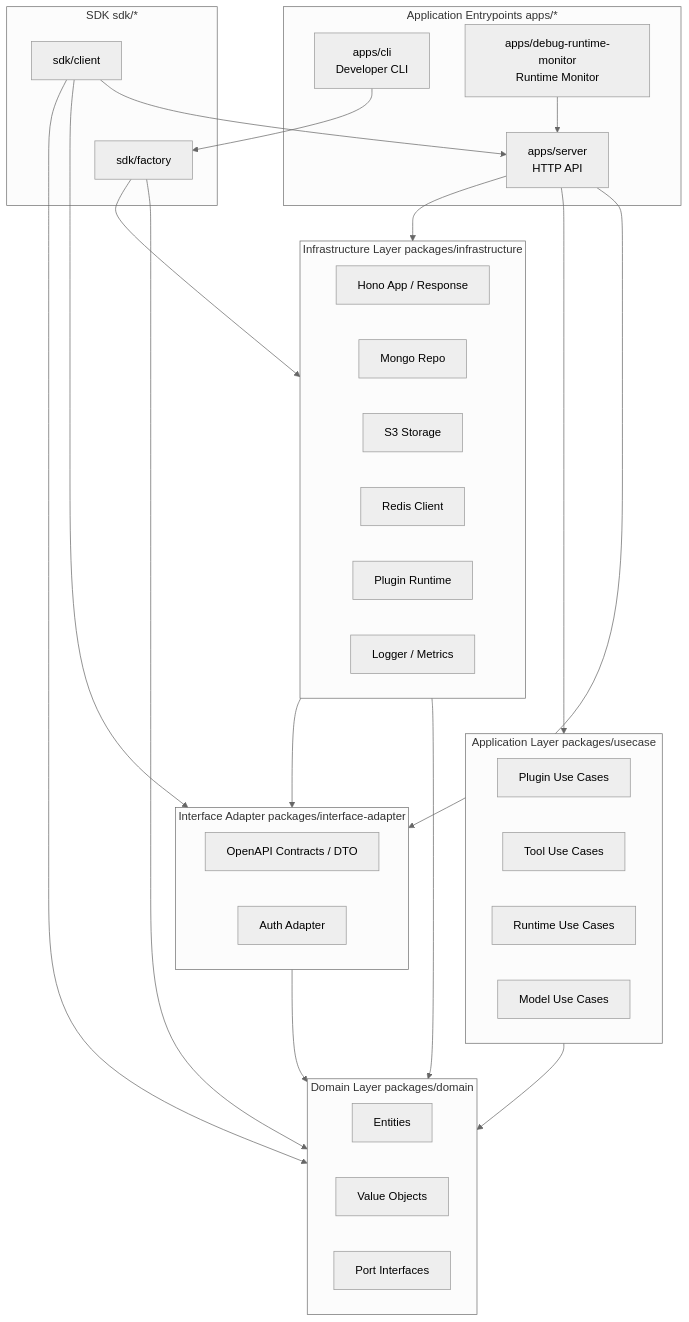
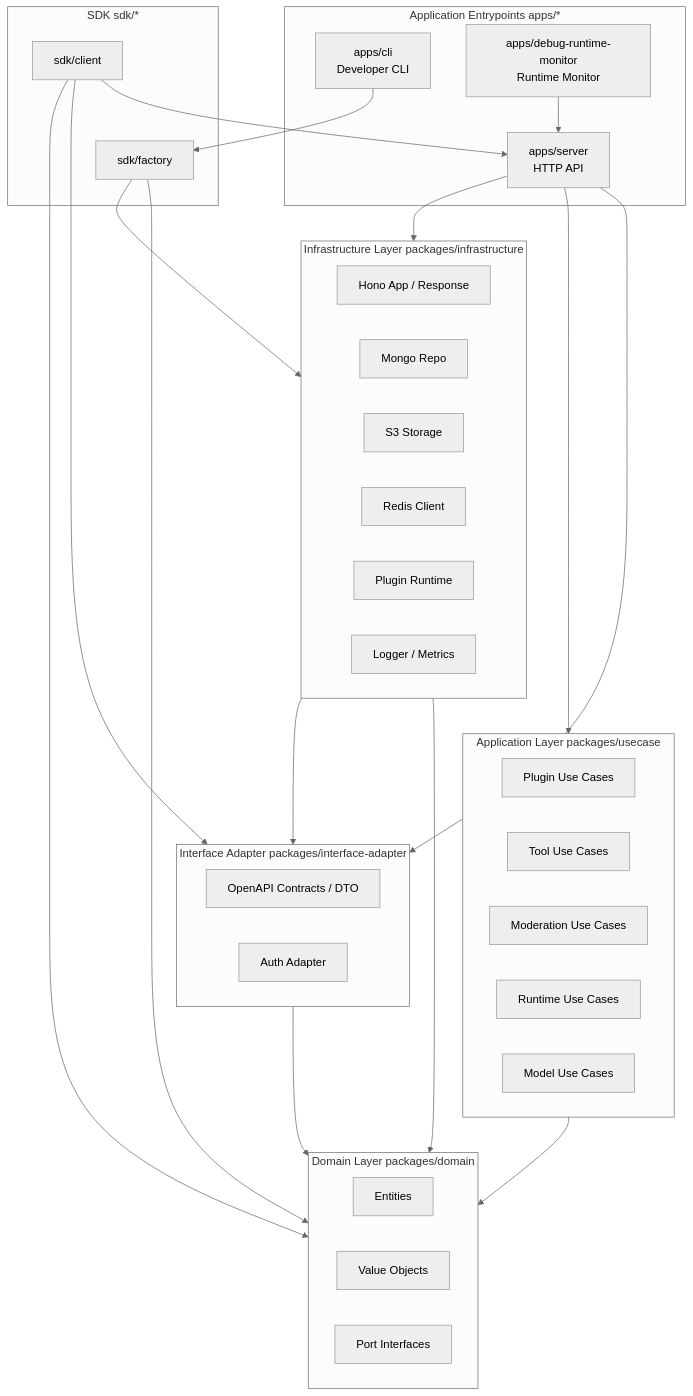
The first of 2 diagrams in docs/dev/architecture.md (labring/fastgpt-plugin), drawn with Mermaid (neutral theme) before and after one commit. The commit also changed other lines of this file and 122 other files, not shown here.

````diff
--- a/docs/dev/architecture.md
+++ b/docs/dev/architecture.md
@@ -38,55 +38,56 @@
 ```mermaid
 flowchart TB
     subgraph Apps["Application Entrypoints apps/*"]
         Server["apps/server\nHTTP API"]
         CLI["apps/cli\nDeveloper CLI"]
         Monitor["apps/debug-runtime-monitor\nRuntime Monitor"]
     end
 
     subgraph Adapter["Interface Adapter packages/interface-adapter"]
         Contracts["OpenAPI Contracts / DTO"]
         Auth["Auth Adapter"]
     end
 
     subgraph Usecase["Application Layer packages/usecase"]
         PluginUC["Plugin Use Cases"]
         ToolUC["Tool Use Cases"]
+        ModerationUC["Moderation Use Cases"]
         RuntimeUC["Runtime Use Cases"]
         ModelUC["Model Use Cases"]
     end
 
     subgraph Domain["Domain Layer packages/domain"]
         Entities["Entities"]
         ValueObjects["Value Objects"]
         Ports["Port Interfaces"]
     end
 
     subgraph Infra["Infrastructure Layer packages/infrastructure"]
         Hono["Hono App / Response"]
         Mongo["Mongo Repo"]
         S3["S3 Storage"]
         Redis["Redis Client"]
         Runtime["Plugin Runtime"]
         Metrics["Logger / Metrics"]
     end
 
     subgraph SDK["SDK sdk/*"]
         ClientSDK["sdk/client"]
         FactorySDK["sdk/factory"]
     end
 
     Server --> Adapter
     Server --> Usecase
     Server --> Infra
     CLI --> FactorySDK
     Monitor --> Server
     Adapter --> Domain
     Usecase --> Domain
     Infra --> Domain
     Infra --> Adapter
     ClientSDK --> Server
     ClientSDK --> Adapter
     ClientSDK --> Domain
     FactorySDK --> Domain
     FactorySDK --> Infra
 ```
````
